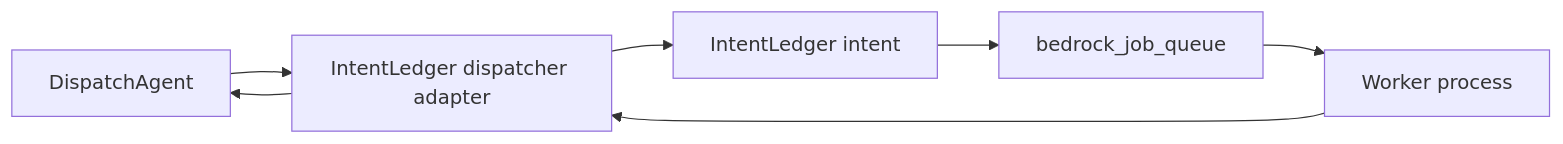
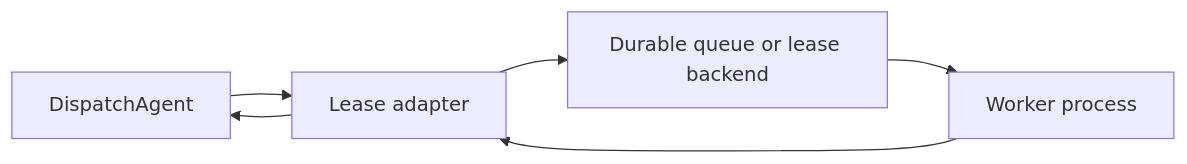
The ninth of 10 diagrams in docs/jido_runtime_architecture.md (dark-trench/squid_mesh), drawn with Mermaid before and after one commit. The commit also changed other lines of this file and 35 other files, not shown here.

````diff
--- a/docs/jido_runtime_architecture.md
+++ b/docs/jido_runtime_architecture.md
@@ -305,9 +363,8 @@
 ```mermaid
 flowchart LR
-    DispatchAgent --> Adapter[IntentLedger dispatcher adapter]
-    Adapter --> Intent[IntentLedger intent]
-    Intent --> BedrockQueue[bedrock_job_queue]
-    BedrockQueue --> Worker[Worker process]
+    DispatchAgent --> Adapter[Lease adapter]
+    Adapter --> Backend[Durable queue or lease backend]
+    Backend --> Worker[Worker process]
     Worker --> Adapter
     Adapter --> DispatchAgent
 ```
````
